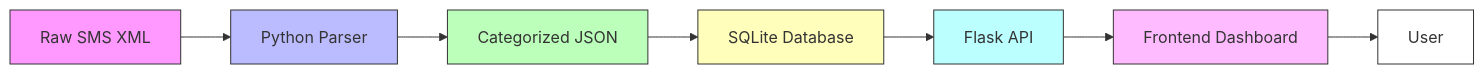
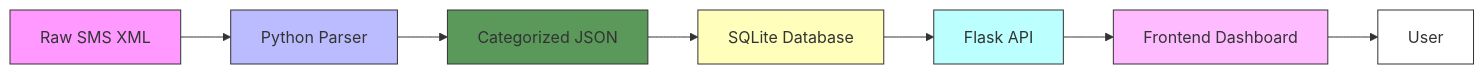
One commit to H-levison/MoMo_Data_Analysis-Group_10 changed the diagram in README.md. Above: the diagram before and after it, drawn with Mermaid.

Commit message:
Worked on Readme

````diff
--- a/README.md
+++ b/README.md
@@ -83,16 +83,16 @@
 ```mermaid
 flowchart LR
     A[Raw SMS XML] --> B[Python Parser]
     B --> C[Categorized JSON]
     C --> D[SQLite Database]
     D --> E[Flask API]
     E --> F[Frontend Dashboard]
     F --> G[User]
     style A fill:#f9f,stroke:#333,stroke-width:1px
     style B fill:#bbf,stroke:#333,stroke-width:1px
-    style C fill:#bfb,stroke:#333,stroke-width:1px
+    style C fill:#5a995a,stroke:#333,stroke-width:1px
     style D fill:#ffb,stroke:#333,stroke-width:1px
     style E fill:#bff,stroke:#333,stroke-width:1px
     style F fill:#fbf,stroke:#333,stroke-width:1px
     style G fill:#fff,stroke:#333,stroke-width:1px
 ```
````
